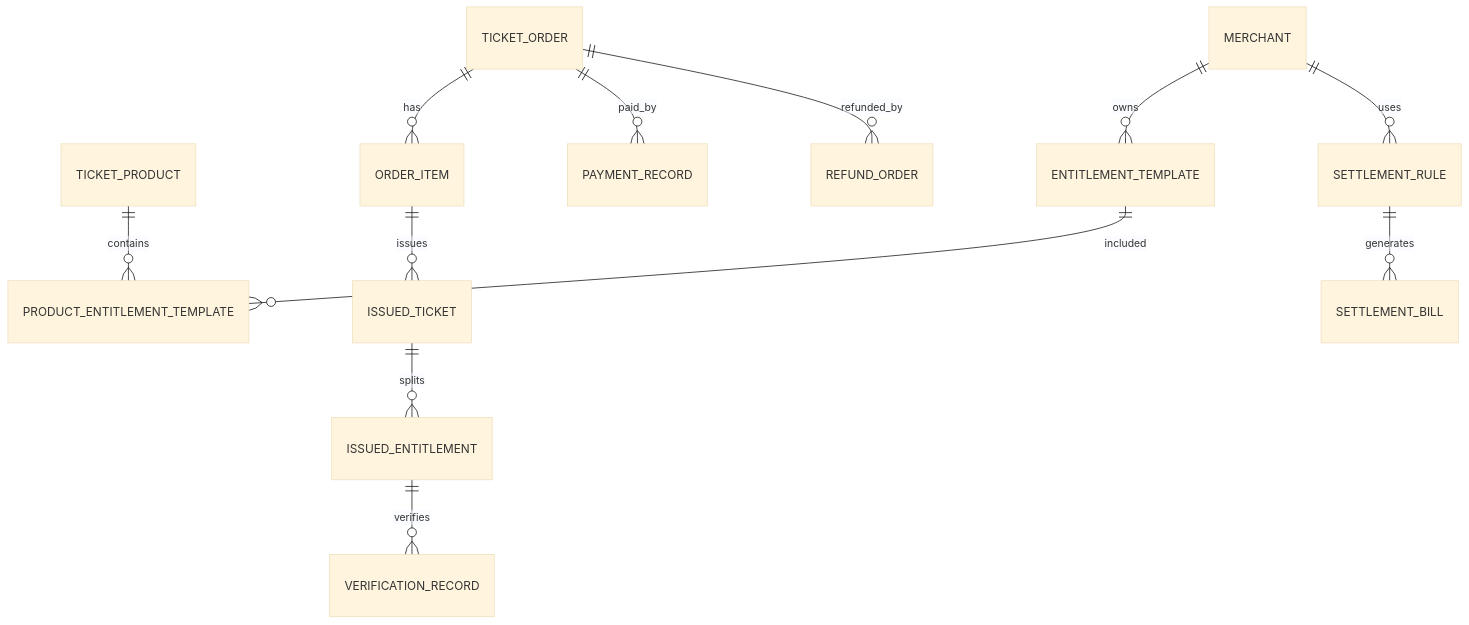
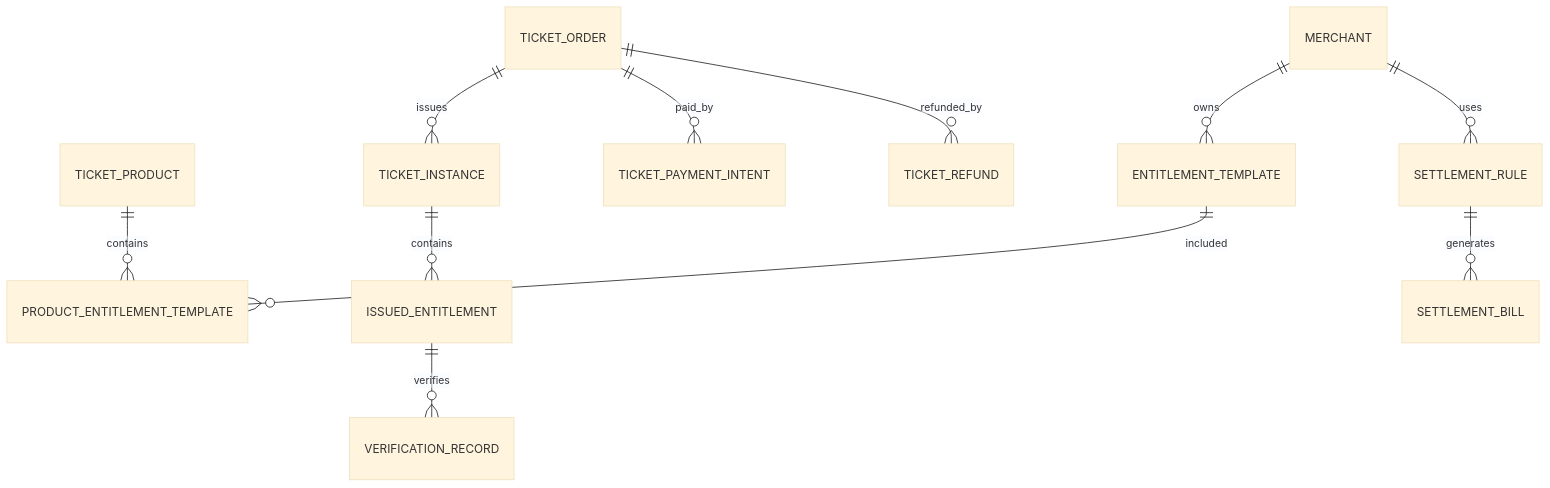
The diagram in docs/ticketing-entitlement-settlement-breakdown.md (jxh1979/mall), drawn with Mermaid (base theme) before and after one commit. The commit also changed other lines of this file and 5 other files, not shown here.

````diff
--- a/docs/ticketing-entitlement-settlement-breakdown.md
+++ b/docs/ticketing-entitlement-settlement-breakdown.md
@@ -90,14 +88,13 @@
 ```mermaid
 erDiagram
     TICKET_PRODUCT ||--o{ PRODUCT_ENTITLEMENT_TEMPLATE : contains
     ENTITLEMENT_TEMPLATE ||--o{ PRODUCT_ENTITLEMENT_TEMPLATE : included
-    TICKET_ORDER ||--o{ ORDER_ITEM : has
-    ORDER_ITEM ||--o{ ISSUED_TICKET : issues
-    ISSUED_TICKET ||--o{ ISSUED_ENTITLEMENT : splits
+    TICKET_ORDER ||--o{ TICKET_INSTANCE : issues
+    TICKET_INSTANCE ||--o{ ISSUED_ENTITLEMENT : contains
     ISSUED_ENTITLEMENT ||--o{ VERIFICATION_RECORD : verifies
-    TICKET_ORDER ||--o{ PAYMENT_RECORD : paid_by
-    TICKET_ORDER ||--o{ REFUND_ORDER : refunded_by
+    TICKET_ORDER ||--o{ TICKET_PAYMENT_INTENT : paid_by
+    TICKET_ORDER ||--o{ TICKET_REFUND : refunded_by
     MERCHANT ||--o{ ENTITLEMENT_TEMPLATE : owns
     MERCHANT ||--o{ SETTLEMENT_RULE : uses
     SETTLEMENT_RULE ||--o{ SETTLEMENT_BILL : generates
 ```
````
